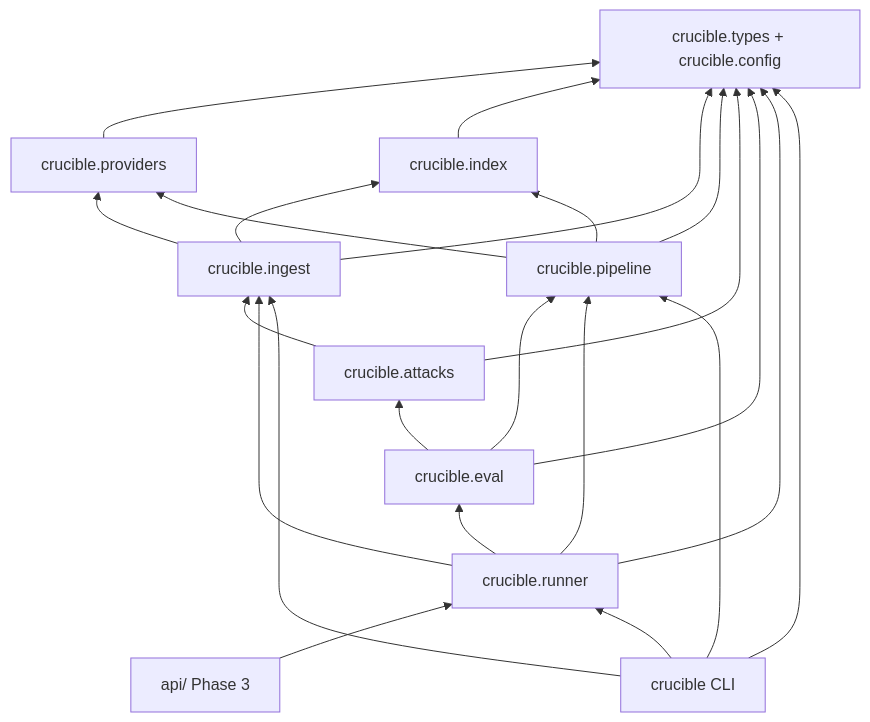
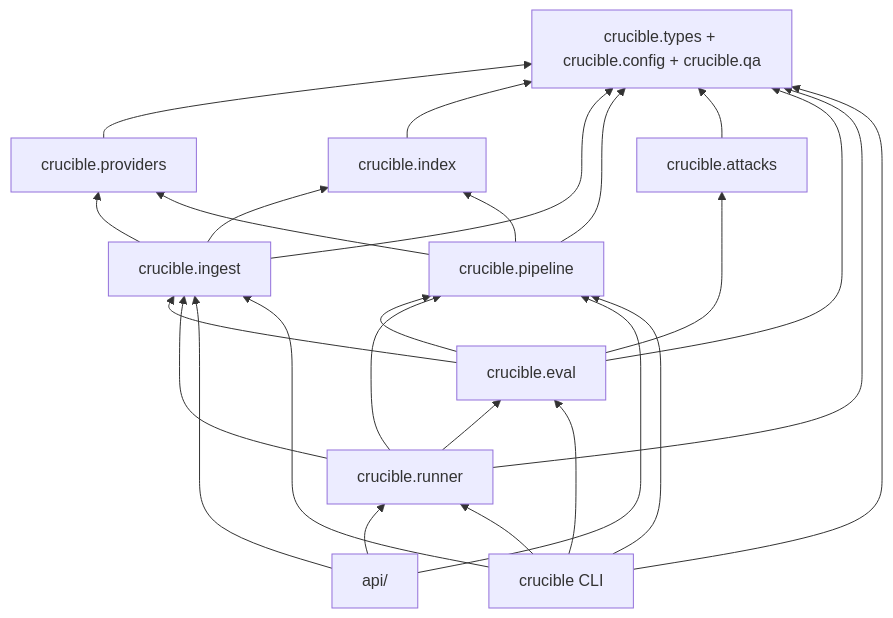
The sixth of 6 diagrams in docs/architecture.md (bobhaotian/RAG-Crucible---Security-Reliability-Evaluation-Platform-for-RAG), drawn with Mermaid before and after one commit. The commit also changed other lines of this file and 4 other files, not shown here.

````diff
--- a/docs/architecture.md
+++ b/docs/architecture.md
@@ -150,13 +150,13 @@
 ```mermaid
 flowchart BT
-    types[crucible.types + crucible.config]
+    types[crucible.types + crucible.config + crucible.qa]
     providers[crucible.providers] --> types
     index[crucible.index] --> types
     ingest[crucible.ingest] --> types & providers & index
     pipeline[crucible.pipeline] --> providers & index & types
-    attacks[crucible.attacks] --> types & ingest
-    eval[crucible.eval] --> pipeline & attacks & types
+    attacks[crucible.attacks] --> types
+    eval[crucible.eval] --> pipeline & attacks & ingest & types
     runner[crucible.runner] --> eval & pipeline & ingest & types
-    api[api/ Phase 3] --> runner
-    cli[crucible CLI] --> runner & pipeline & ingest & types
+    api[api/] --> runner & pipeline & ingest
+    cli[crucible CLI] --> runner & eval & pipeline & ingest & types
 ```
````
